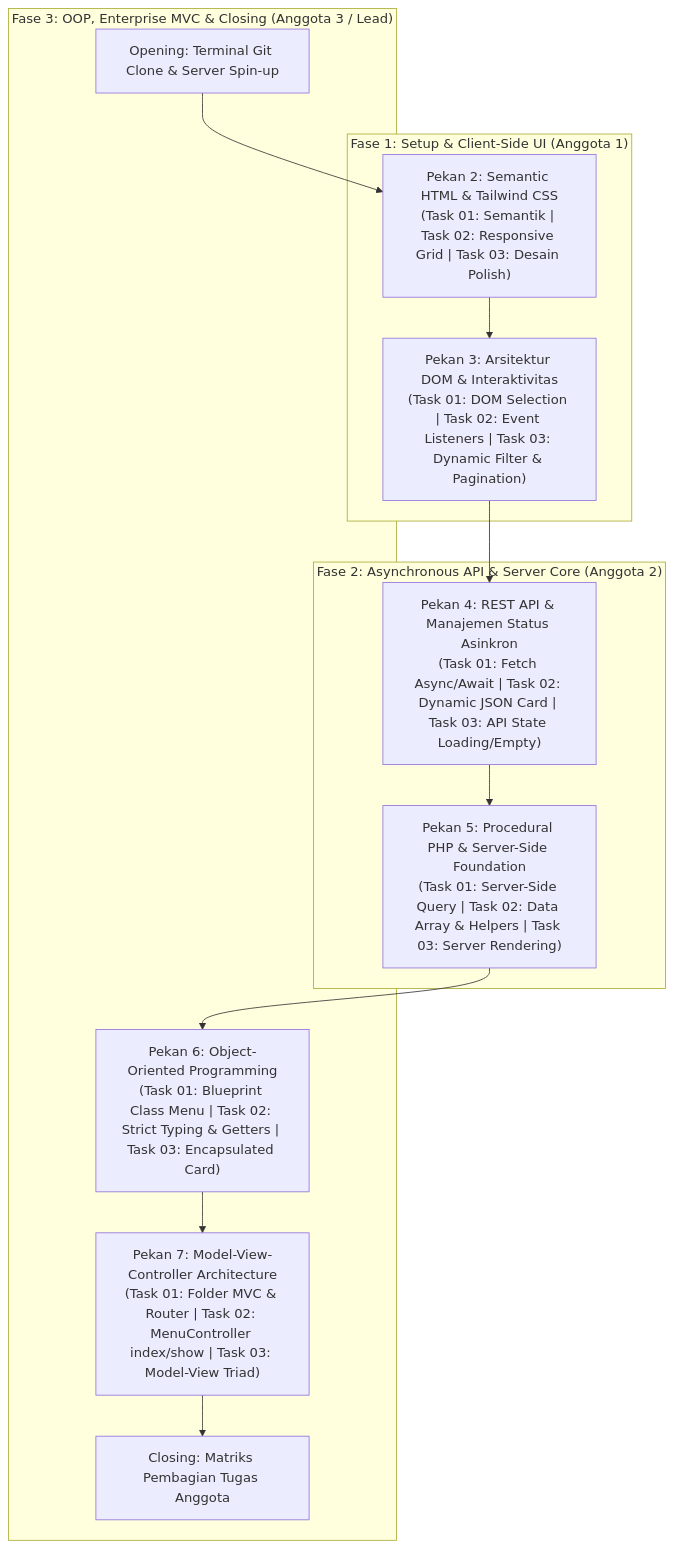
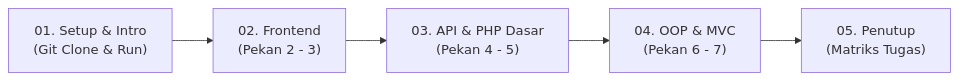
Before and after one commit to rantinggosong/pemrograman-web: the diagram in PANDUAN_VIDEO_UTS.md, drawn with Mermaid. The commit also changed other lines of this file, not shown here.

````diff
--- a/PANDUAN_VIDEO_UTS.md
+++ b/PANDUAN_VIDEO_UTS.md
@@ -22,21 +24,7 @@
 ```mermaid
-flowchart TD
-    subgraph S1["Fase 1: Setup & Client-Side UI (Anggota 1)"]
-        W2["Pekan 2: Semantic HTML & Tailwind CSS\n(Task 01: Semantik | Task 02: Responsive Grid | Task 03: Desain Polish)"]
-        W3["Pekan 3: Arsitektur DOM & Interaktivitas\n(Task 01: DOM Selection | Task 02: Event Listeners | Task 03: Dynamic Filter & Pagination)"]
-    end
-
-    subgraph S2["Fase 2: Asynchronous API & Server Core (Anggota 2)"]
-        W4["Pekan 4: REST API & Manajemen Status Asinkron\n(Task 01: Fetch Async/Await | Task 02: Dynamic JSON Card | Task 03: API State Loading/Empty)"]
-        W5["Pekan 5: Procedural PHP & Server-Side Foundation\n(Task 01: Server-Side Query | Task 02: Data Array & Helpers | Task 03: Server Rendering)"]
-    end
-
-    subgraph S3["Fase 3: OOP, Enterprise MVC & Closing (Anggota 3 / Lead)"]
-        INIT["Opening: Terminal Git Clone & Server Spin-up"]
-        W6["Pekan 6: Object-Oriented Programming\n(Task 01: Blueprint Class Menu | Task 02: Strict Typing & Getters | Task 03: Encapsulated Card)"]
-        W7["Pekan 7: Model-View-Controller Architecture\n(Task 01: Folder MVC & Router | Task 02: MenuController index/show | Task 03: Model-View Triad)"]
-        CLOSE["Closing: Matriks Pembagian Tugas Anggota"]
-    end
-
-    INIT --> W2 --> W3 --> W4 --> W5 --> W6 --> W7 --> CLOSE
+flowchart LR
+    A["01. Setup & Intro\n(Git Clone & Run)"] --> B["02. Frontend\n(Pekan 2 - 3)"]
+    B --> C["03. API & PHP Dasar\n(Pekan 4 - 5)"]
+    C --> D["04. OOP & MVC\n(Pekan 6 - 7)"]
+    D --> E["05. Penutup\n(Matriks Tugas)"]
 ```
````
